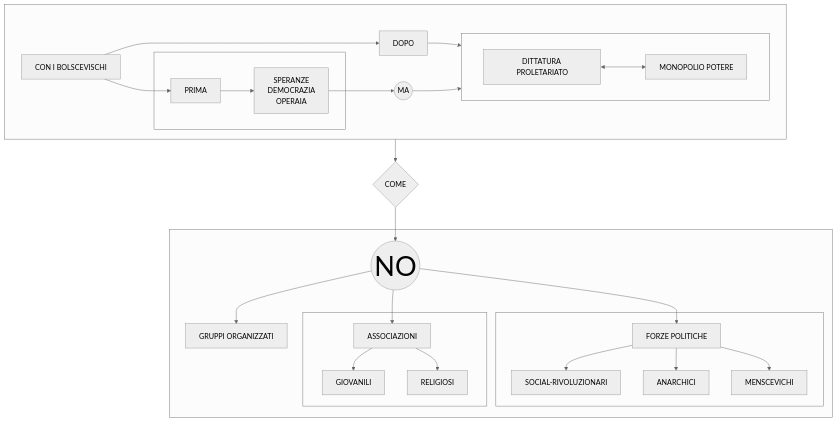
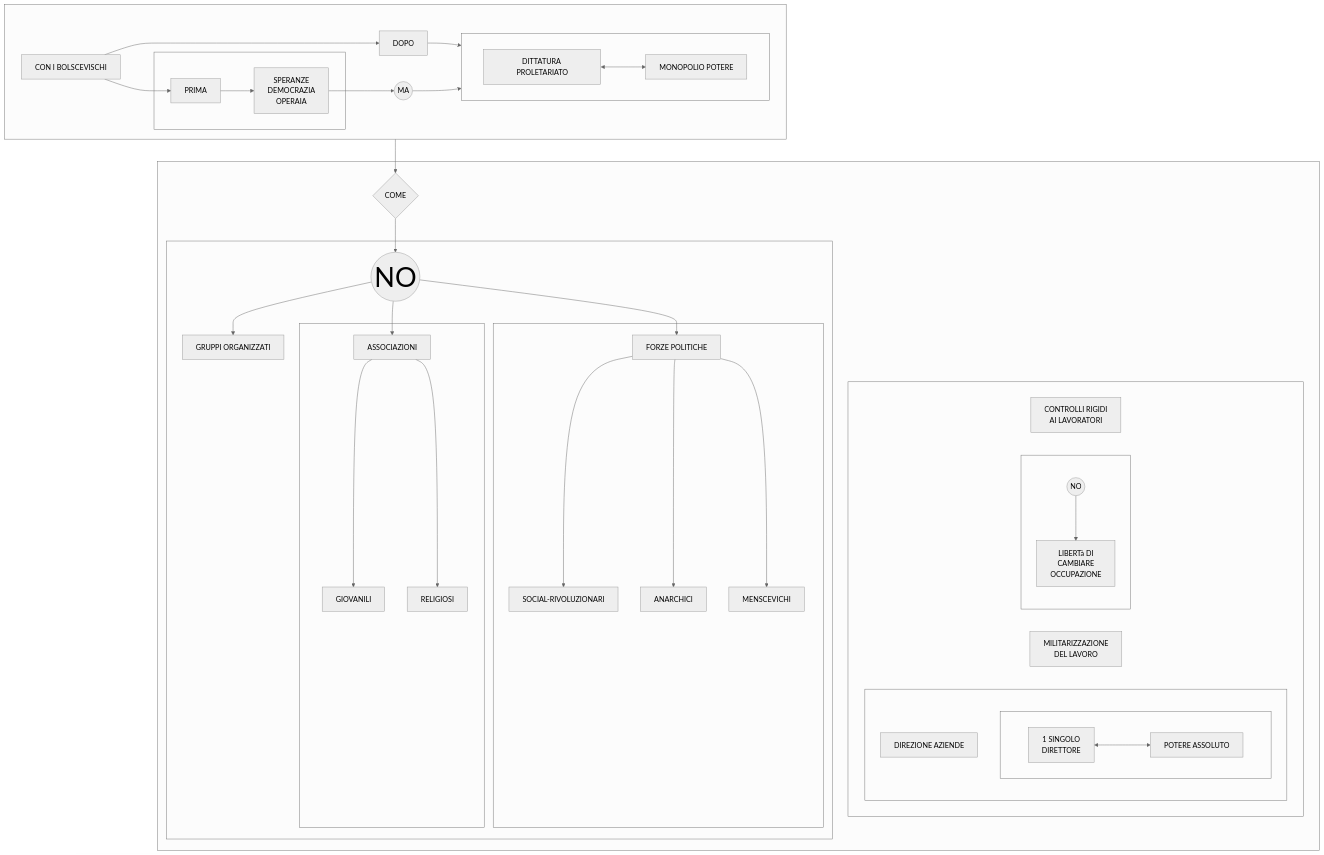
One commit to Laaouatni/ricerca-storia-MermaidJS changed the diagram in prova.md. Above: the diagram before and after it, drawn with Mermaid (neutral theme).

````diff
--- a/prova.md
+++ b/prova.md
@@ -1,43 +1,62 @@
 ```mermaid
 flowchart TB
   subgraph 42[" "]
     0[CON I BOLSCEVISCHI]
     subgraph 3[" "]
       1[PRIMA]
       10[SPERANZE <br> DEMOCRAZIA <br> OPERAIA]
       1 --> 10
     end
     2[DOPO]
     0 --> 1 & 2
     subgraph 4[" "]
       40[DITTATURA PROLETARIATO]
       400[MONOPOLIO POTERE]
       40 <--> 400
     end
     2 --> 4
     41((MA))
     10 --> 41 --> 4
   end
   5{COME}
   42 --> 5
-  subgraph 6[" "]
-    60((NO))
-    style 60 font-size: 60px;
-    61[GRUPPI ORGANIZZATI]
-    subgraph 64[" "]
-      62[ASSOCIAZIONI]
-      620[GIOVANILI]
-      621[RELIGIOSI]
+  subgraph 7[" "]
+    subgraph 6[" "]
+      60((NO))
+      style 60 font-size: 60px;
+      61[GRUPPI ORGANIZZATI]
+      subgraph 64[" "]
+        62[ASSOCIAZIONI]
+        620[GIOVANILI]
+        621[RELIGIOSI]
+      end
+      subgraph 65[" "]
+        63[FORZE POLITICHE]
+        630[SOCIAL-RIVOLUZIONARI]
+        631[ANARCHICI]
+        632[MENSCEVICHI]
+      end
+      60 --> 61 & 62 & 63
+      63 --> 630 & 631 & 632
+      62 --> 620 & 621
     end
-    subgraph 65[" "]
-      63[FORZE POLITICHE]
-      630[SOCIAL-RIVOLUZIONARI]
-      631[ANARCHICI]
-      632[MENSCEVICHI]
+    5 --> 60
+    subgraph 8[" "]
+      80[CONTROLLI RIGIDI <br> AI LAVORATORI]
+      subgraph 81[" "]
+        810((NO))
+        8100[LIBERTà DI <br> CAMBIARE <br> OCCUPAZIONE]
+        810 --> 8100
+      end
+      82[MILITARIZZAZIONE <br> DEL LAVORO]
+      subgraph 83[" "]
+        830[DIREZIONE AZIENDE]
+        subgraph 831[" "]
+          832[1 SINGOLO <br> DIRETTORE]
+          833[POTERE ASSOLUTO]
+          832 <--> 833
+        end
+      end
     end
-    60 --> 61 & 62 & 63
-    63 --> 630 & 631 & 632
-    62 --> 620 & 621
   end
-  5 --> 60
 ```
````
